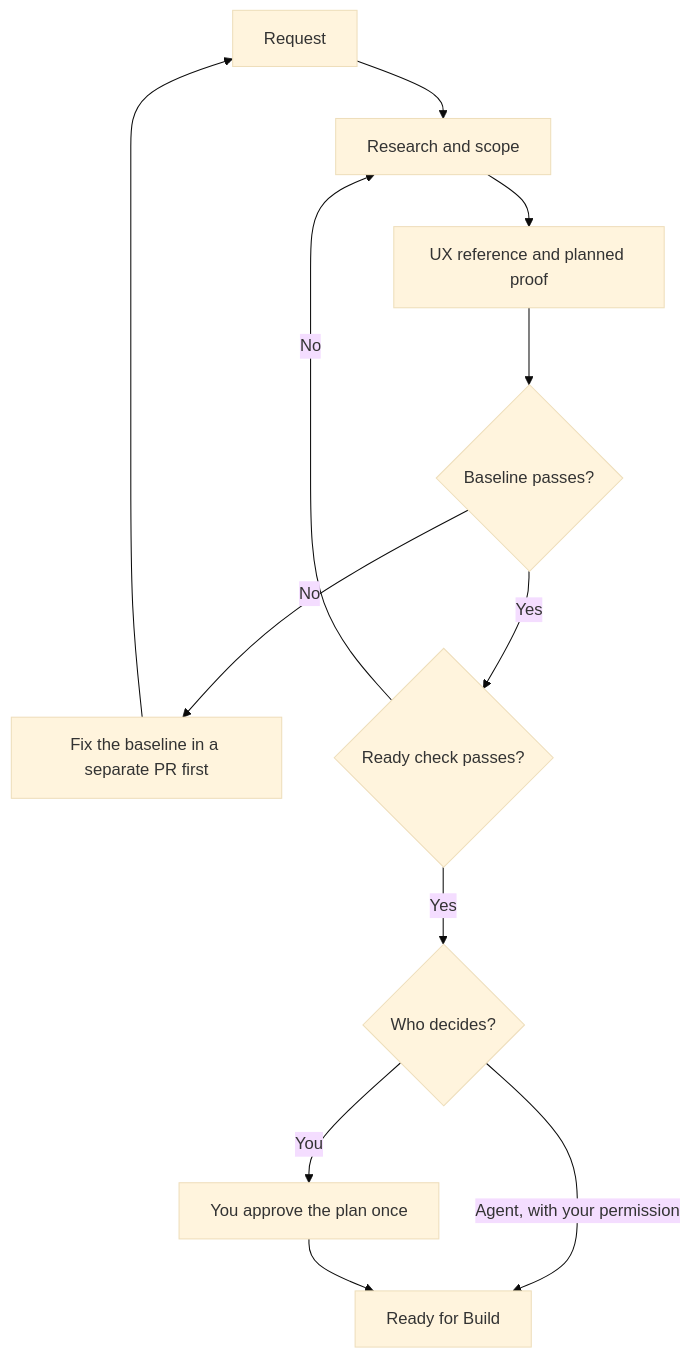
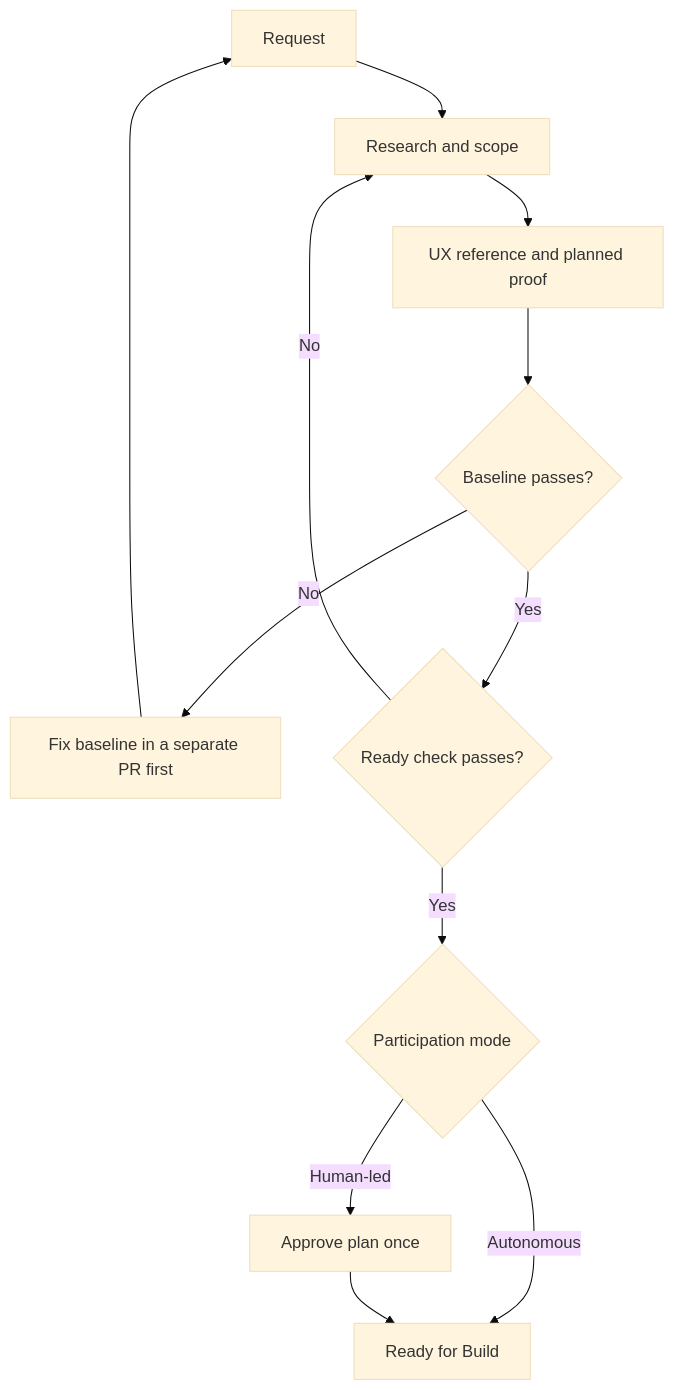
The third of 7 diagrams in README.md (sgaabdu4/hard-eng), drawn with Mermaid (base theme) before and after one commit. The commit also changed other lines of this file and 1 other file, not shown here.

````diff
--- a/README.md
+++ b/README.md
@@ -178,14 +163,14 @@
 ```mermaid
 flowchart TD
   A[Request] --> B[Research and scope]
   B --> C[UX reference and planned proof]
   C --> D{Baseline passes?}
-  D -->|No| R[Fix the baseline in a separate PR first]
+  D -->|No| R[Fix baseline in a separate PR first]
   R --> A
   D -->|Yes| E{Ready check passes?}
   E -->|No| B
-  E -->|Yes| F{Who decides?}
-  F -->|You| G[You approve the plan once]
-  F -->|Agent, with your permission| H[Ready for Build]
+  E -->|Yes| F{Participation mode}
+  F -->|Human-led| G[Approve plan once]
+  F -->|Autonomous| H[Ready for Build]
   G --> H
 ```
````
